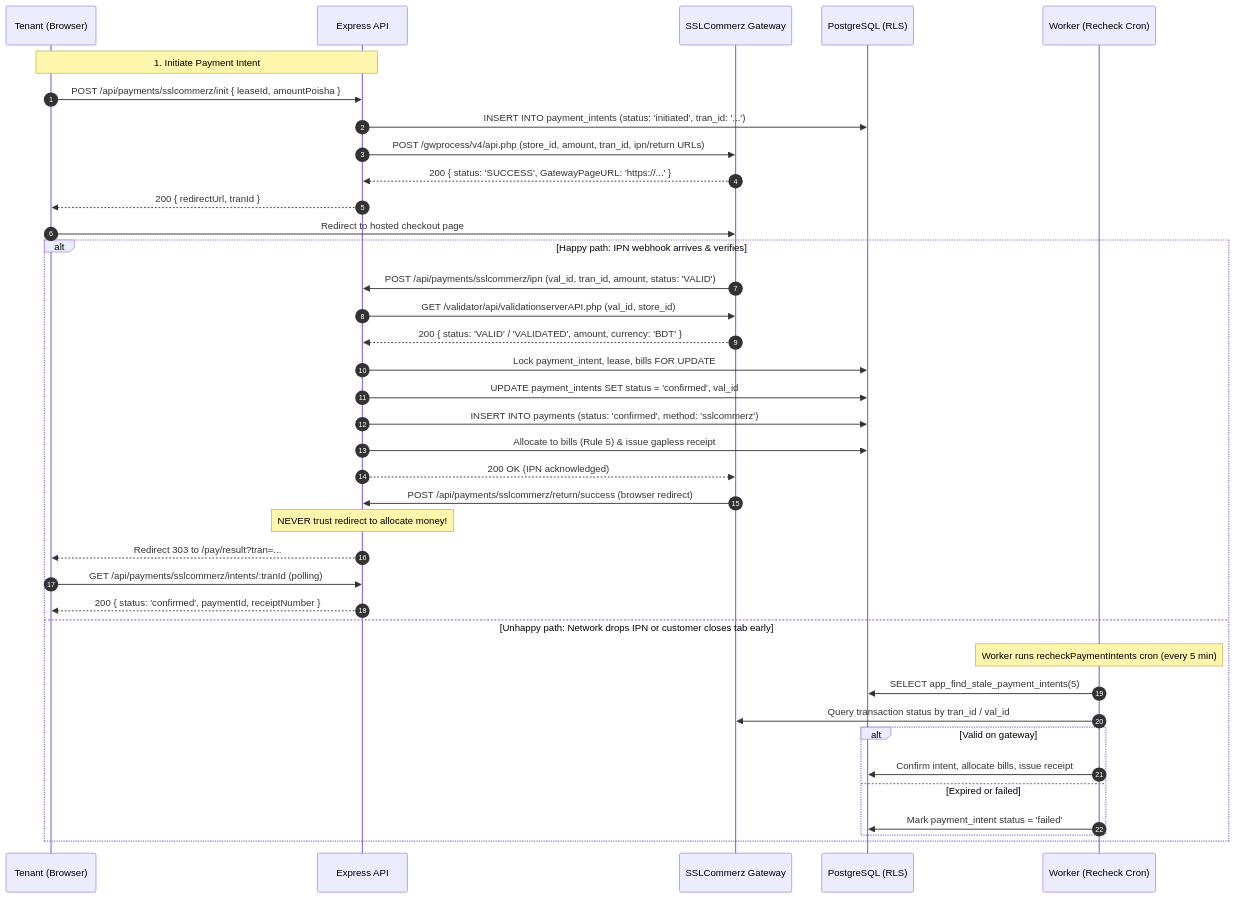
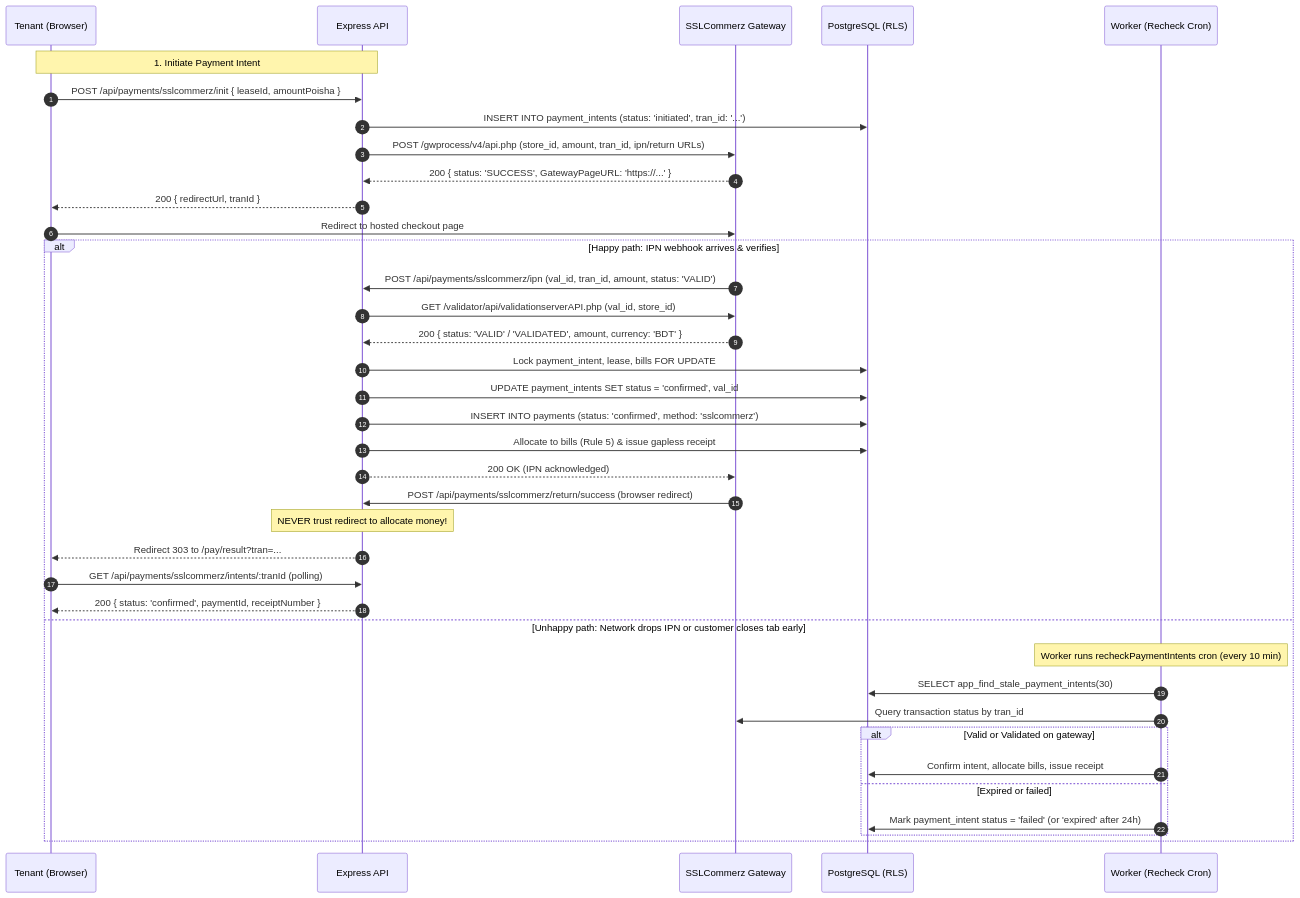
One commit to RHRONY05/BasaManager changed the third of 3 diagrams in docs/features/payments.md. Above: the diagram before and after it, drawn with Mermaid. The commit also changed other lines of this file and 16 other files, not shown here.

````diff
--- a/docs/features/payments.md
+++ b/docs/features/payments.md
@@ -163,43 +163,43 @@
 ```mermaid
 sequenceDiagram
   autonumber
   participant T as Tenant (Browser)
   participant API as Express API
   participant GW as SSLCommerz Gateway
   participant DB as PostgreSQL (RLS)
   participant W as Worker (Recheck Cron)
 
   Note over T,API: 1. Initiate Payment Intent
   T->>API: POST /api/payments/sslcommerz/init { leaseId, amountPoisha }
   API->>DB: INSERT INTO payment_intents (status: 'initiated', tran_id: '...')
   API->>GW: POST /gwprocess/v4/api.php (store_id, amount, tran_id, ipn/return URLs)
   GW-->>API: 200 { status: 'SUCCESS', GatewayPageURL: 'https://...' }
   API-->>T: 200 { redirectUrl, tranId }
   T->>GW: Redirect to hosted checkout page
 
   alt Happy path: IPN webhook arrives & verifies
     GW->>API: POST /api/payments/sslcommerz/ipn (val_id, tran_id, amount, status: 'VALID')
     API->>GW: GET /validator/api/validationserverAPI.php (val_id, store_id)
     GW-->>API: 200 { status: 'VALID' / 'VALIDATED', amount, currency: 'BDT' }
     API->>DB: Lock payment_intent, lease, bills FOR UPDATE
     API->>DB: UPDATE payment_intents SET status = 'confirmed', val_id
     API->>DB: INSERT INTO payments (status: 'confirmed', method: 'sslcommerz')
     API->>DB: Allocate to bills (Rule 5) & issue gapless receipt
     API-->>GW: 200 OK (IPN acknowledged)
 
     GW->>API: POST /api/payments/sslcommerz/return/success (browser redirect)
     Note over API: NEVER trust redirect to allocate money!
     API-->>T: Redirect 303 to /pay/result?tran=...
     T->>API: GET /api/payments/sslcommerz/intents/:tranId (polling)
     API-->>T: 200 { status: 'confirmed', paymentId, receiptNumber }
   else Unhappy path: Network drops IPN or customer closes tab early
-    Note over W: Worker runs recheckPaymentIntents cron (every 5 min)
-    W->>DB: SELECT app_find_stale_payment_intents(5)
-    W->>GW: Query transaction status by tran_id / val_id
-    alt Valid on gateway
+    Note over W: Worker runs recheckPaymentIntents cron (every 10 min)
+    W->>DB: SELECT app_find_stale_payment_intents(30)
+    W->>GW: Query transaction status by tran_id
+    alt Valid or Validated on gateway
       W->>DB: Confirm intent, allocate bills, issue receipt
     else Expired or failed
-      W->>DB: Mark payment_intent status = 'failed'
+      W->>DB: Mark payment_intent status = 'failed' (or 'expired' after 24h)
     end
   end
 ```
````
